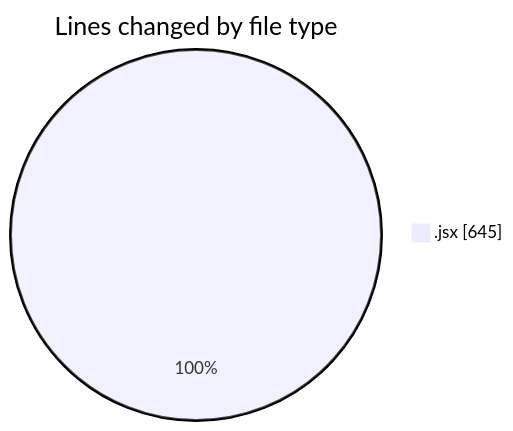
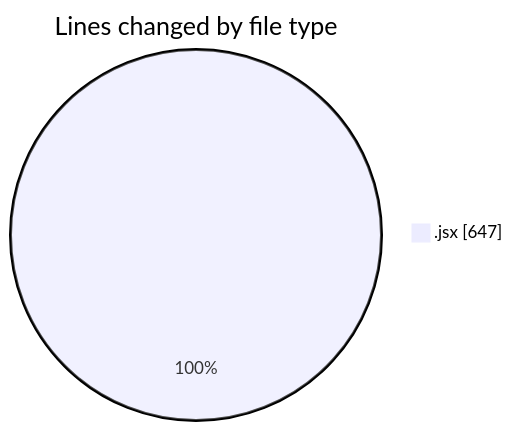
Before and after one commit to nxtqubesakshisongat/code-tracking: the first of 2 diagrams in 2025-06-06/nxtqube_webapp/README.md, drawn with Mermaid. The commit also changed other lines of this file and 1 other file, not shown here.

````diff
--- a/2025-06-06/nxtqube_webapp/README.md
+++ b/2025-06-06/nxtqube_webapp/README.md
@@ -20,5 +20,5 @@
 ```mermaid
 pie showData
 title Lines changed by file type
-".jsx" : 645
+".jsx" : 647
 ```
````
